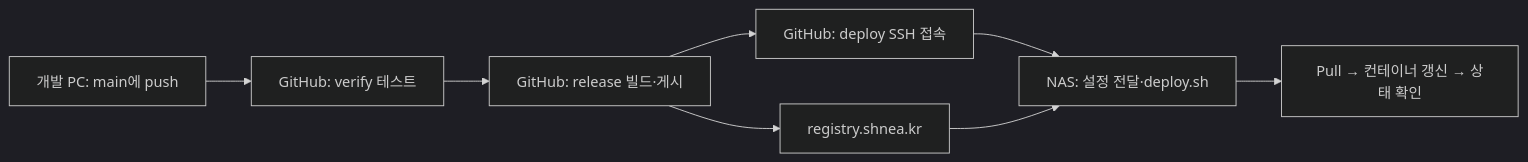
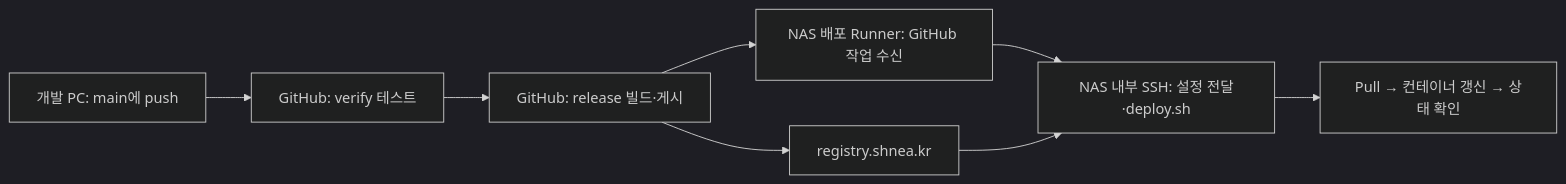
The diagram in docs/CICD.md (shnea/platform), drawn with Mermaid (dark theme) before and after one commit. The commit also changed other lines of this file and 8 other files, not shown here.

Commit message:
개선: 국가 제한을 유지하는 NAS 배포 전용 Runner 구성

````diff
--- a/docs/CICD.md
+++ b/docs/CICD.md
@@ -9,10 +9,10 @@
 ```mermaid
 flowchart LR
     A[개발 PC: main에 push] --> B[GitHub: verify 테스트]
     B --> C[GitHub: release 빌드·게시]
     C --> D[registry.shnea.kr]
-    C --> E[GitHub: deploy SSH 접속]
-    E --> F[NAS: 설정 전달·deploy.sh]
+    C --> E[NAS 배포 Runner: GitHub 작업 수신]
+    E --> F[NAS 내부 SSH: 설정 전달·deploy.sh]
     D --> F
     F --> G[Pull → 컨테이너 갱신 → 상태 확인]
 ```
````
